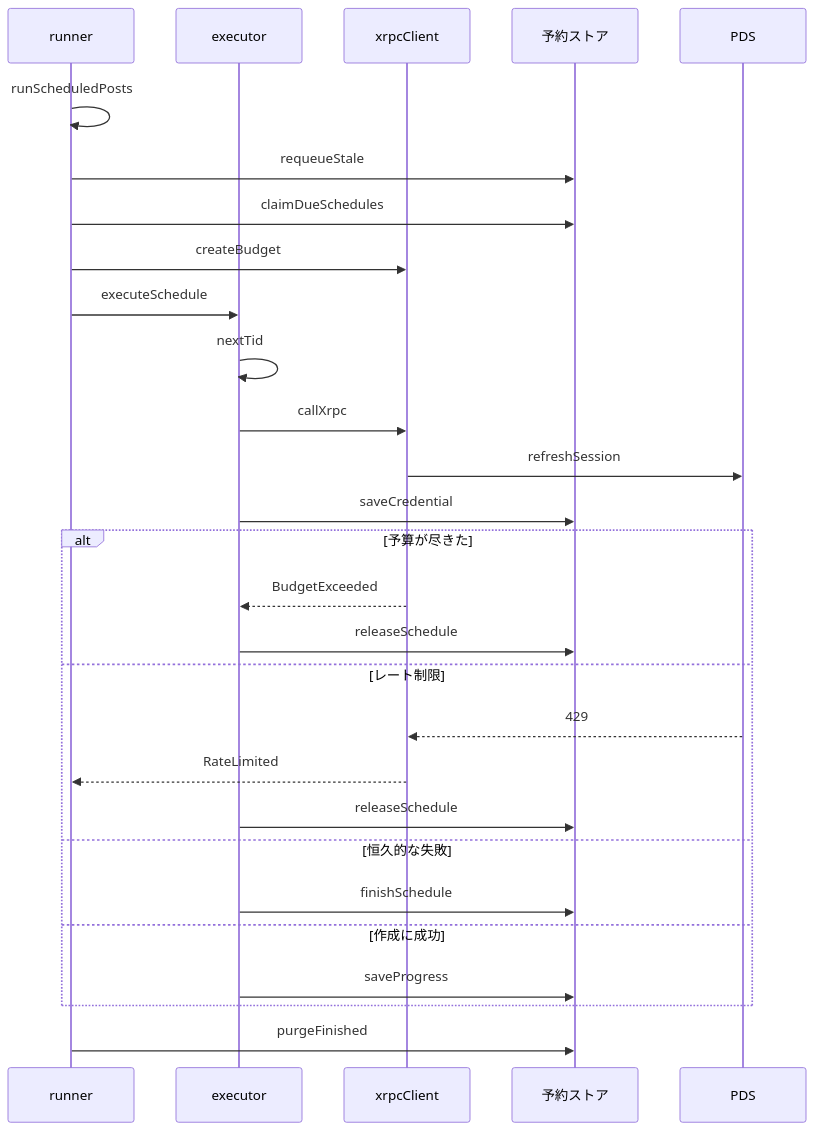
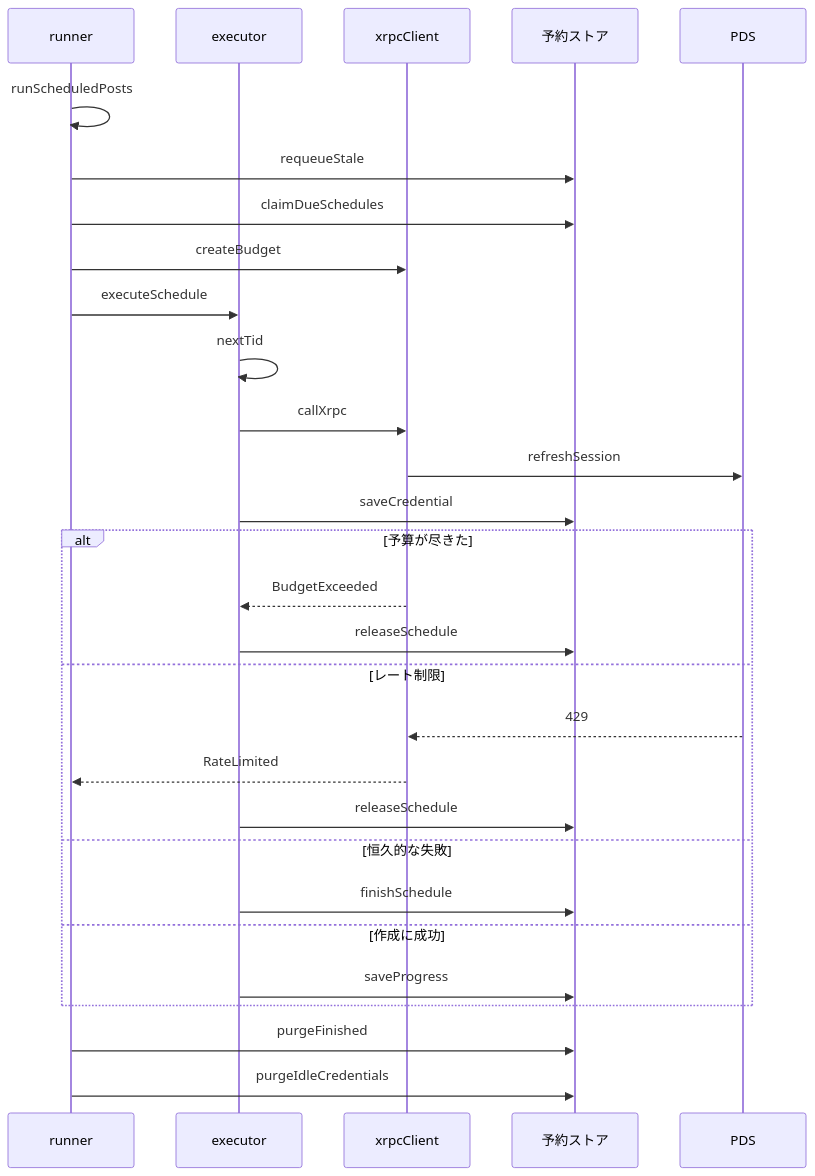
Before and after one commit to nekono-dev/skyshare: the second of 3 diagrams in specs/schedule-runner/design.md, drawn with Mermaid. The commit also changed other lines of this file and 23 other files, not shown here.

````diff
--- a/specs/schedule-runner/design.md
+++ b/specs/schedule-runner/design.md
@@ -33,30 +33,31 @@
 ```mermaid
 sequenceDiagram
   participant runner
   participant executor
   participant xrpcClient
   participant ext_store as 予約ストア
   participant ext_pds as PDS
   runner->>runner: runScheduledPosts
   runner->>ext_store: requeueStale
   runner->>ext_store: claimDueSchedules
   runner->>xrpcClient: createBudget
   runner->>executor: executeSchedule
   executor->>executor: nextTid
   executor->>xrpcClient: callXrpc
   xrpcClient->>ext_pds: refreshSession
   executor->>ext_store: saveCredential
   alt 予算が尽きた
     xrpcClient-->>executor: BudgetExceeded
     executor->>ext_store: releaseSchedule
   else レート制限
     ext_pds-->>xrpcClient: 429
     xrpcClient-->>runner: RateLimited
     executor->>ext_store: releaseSchedule
   else 恒久的な失敗
     executor->>ext_store: finishSchedule
   else 作成に成功
     executor->>ext_store: saveProgress
   end
   runner->>ext_store: purgeFinished
+  runner->>ext_store: purgeIdleCredentials
 ```
````
